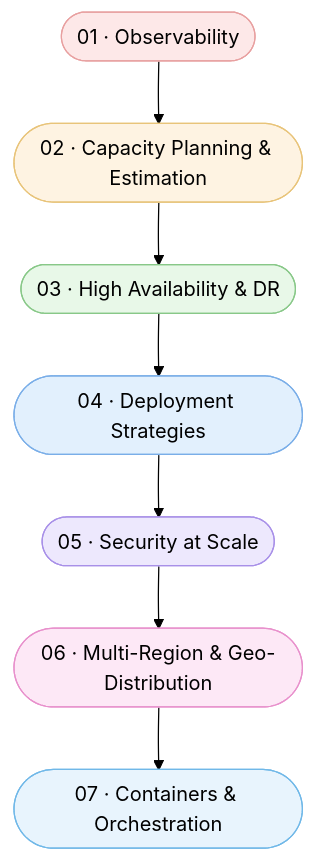
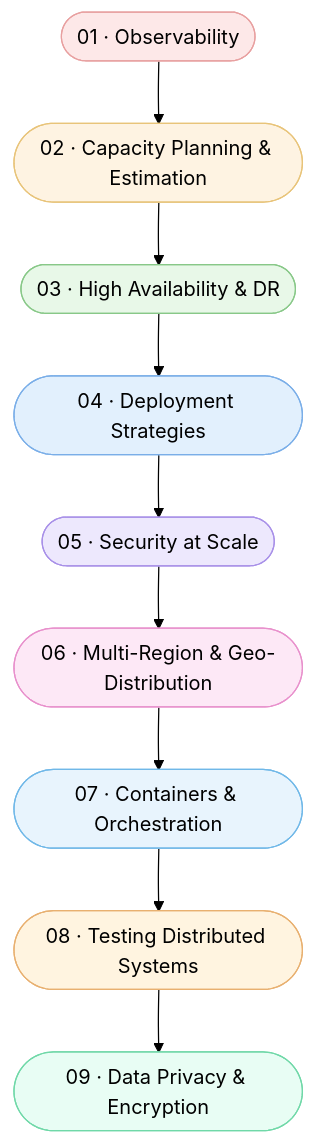
Before and after one commit to Ankan1998/learn-system-design: the diagram in Level-06-Scale-and-Reliability/README.md, drawn with Mermaid (forest theme). The commit also changed other lines of this file and 24 other files, not shown here.

````diff
--- a/Level-06-Scale-and-Reliability/README.md
+++ b/Level-06-Scale-and-Reliability/README.md
@@ -37,17 +41,21 @@
 ```mermaid
 flowchart TD
     A([01 · Observability]):::pastel1 --> B([02 · Capacity Planning & Estimation]):::pastel2
     B --> C([03 · High Availability & DR]):::pastel3
     C --> D([04 · Deployment Strategies]):::pastel4
     D --> E([05 · Security at Scale]):::pastel5
     E --> F([06 · Multi-Region & Geo-Distribution]):::pastel6
     F --> G([07 · Containers & Orchestration]):::pastel7
+    G --> H([08 · Testing Distributed Systems]):::pastel8
+    H --> I([09 · Data Privacy & Encryption]):::pastel9
 
     classDef pastel1 fill:#fde8e8,stroke:#e8a0a0,color:#000
     classDef pastel2 fill:#fef3e2,stroke:#e8c47a,color:#000
     classDef pastel3 fill:#e8f8e8,stroke:#88c888,color:#000
     classDef pastel4 fill:#e2f0fd,stroke:#7aaee8,color:#000
     classDef pastel5 fill:#ede8fd,stroke:#a890e8,color:#000
     classDef pastel6 fill:#fde8f6,stroke:#e890cc,color:#000
     classDef pastel7 fill:#e8f4fd,stroke:#70b8e8,color:#000
+    classDef pastel8 fill:#fff4e0,stroke:#e8b070,color:#000
+    classDef pastel9 fill:#e8fdf4,stroke:#70d8a8,color:#000
 ```
````
